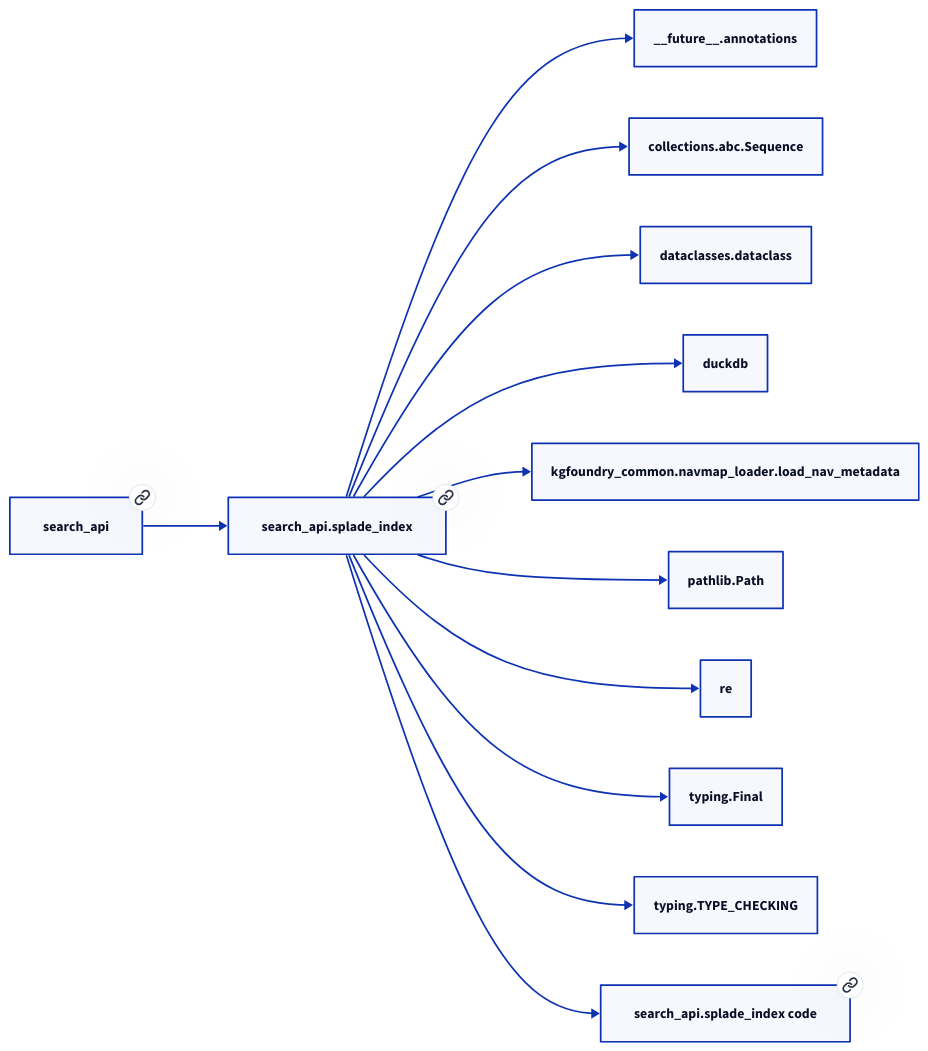
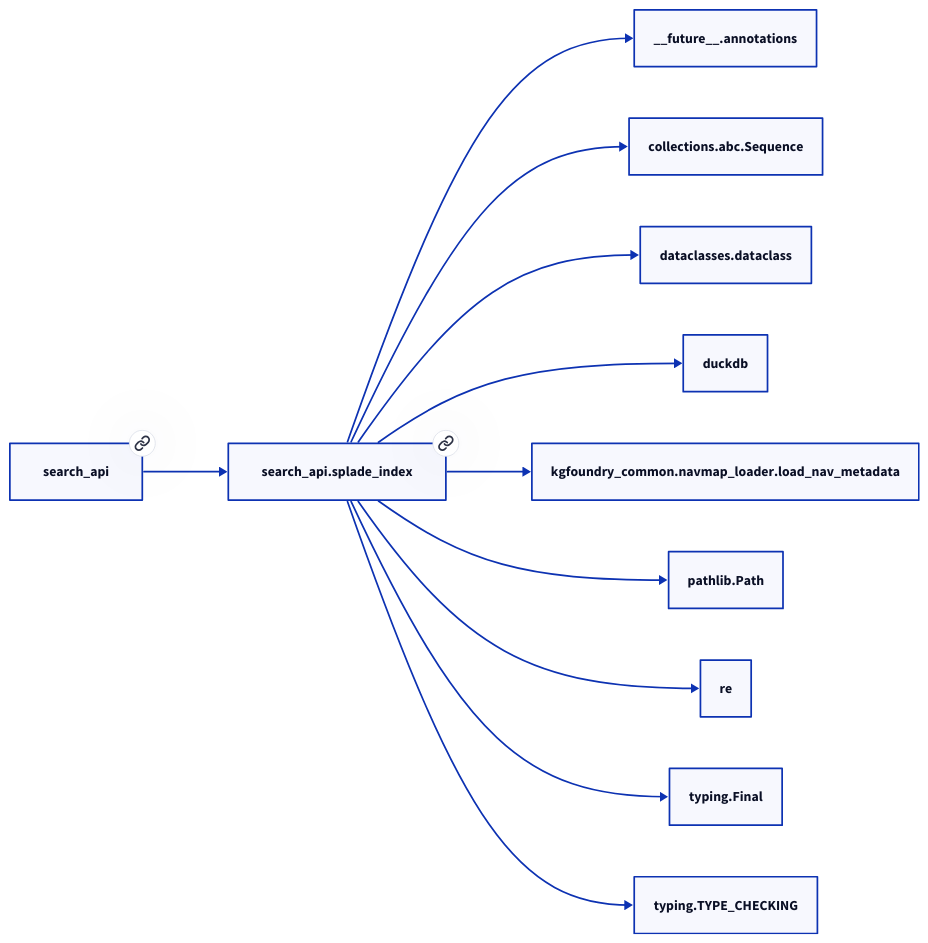
One commit to paul-heyse/kgforge changed the second of 2 diagrams in docs/modules/search_api/splade_index.md. Above: the diagram before and after it, drawn with D2. The commit also changed other lines of this file and 118 other files, not shown here.

````diff
--- a/docs/modules/search_api/splade_index.md
+++ b/docs/modules/search_api/splade_index.md
@@ -47,26 +45,24 @@
 ```d2
 direction: right
-"search_api.splade_index": "search_api.splade_index" { link: "./search_api/splade_index.md" }
+"search_api.splade_index": "search_api.splade_index" { link: "splade_index.md" }
 "__future__.annotations": "__future__.annotations"
 "search_api.splade_index" -> "__future__.annotations"
 "collections.abc.Sequence": "collections.abc.Sequence"
 "search_api.splade_index" -> "collections.abc.Sequence"
 "dataclasses.dataclass": "dataclasses.dataclass"
 "search_api.splade_index" -> "dataclasses.dataclass"
 "duckdb": "duckdb"
 "search_api.splade_index" -> "duckdb"
 "kgfoundry_common.navmap_loader.load_nav_metadata": "kgfoundry_common.navmap_loader.load_nav_metadata"
 "search_api.splade_index" -> "kgfoundry_common.navmap_loader.load_nav_metadata"
 "pathlib.Path": "pathlib.Path"
 "search_api.splade_index" -> "pathlib.Path"
 "re": "re"
 "search_api.splade_index" -> "re"
 "typing.Final": "typing.Final"
 "search_api.splade_index" -> "typing.Final"
 "typing.TYPE_CHECKING": "typing.TYPE_CHECKING"
 "search_api.splade_index" -> "typing.TYPE_CHECKING"
-"search_api": "search_api" { link: "./search_api.md" }
+"search_api": "search_api" { link: "../search_api.md" }
 "search_api" -> "search_api.splade_index"
-"search_api.splade_index_code": "search_api.splade_index code" { link: "https://github.com/kgfoundry/kgfoundry/blob/main/src/search_api/splade_index.py" }
-"search_api.splade_index" -> "search_api.splade_index_code" { style: dashed }
 ```
````
